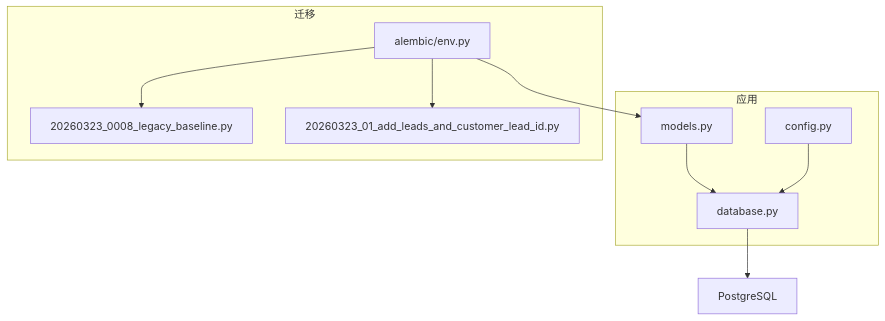
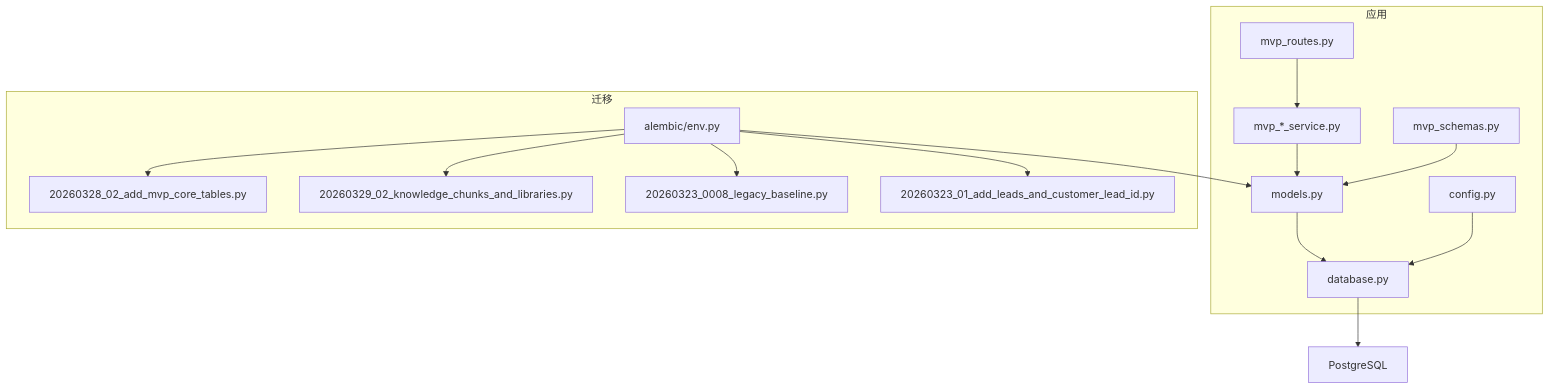
One commit to dream-ze/AI_huoke- changed the second of 6 diagrams in .qoder/repowiki/zh/content/数据库设计/数据库设计.md. Above: the diagram before and after it, drawn with Mermaid. The commit also changed other lines of this file and 25 other files, not shown here.

````diff
--- a/.qoder/repowiki/zh/content/数据库设计/数据库设计.md
+++ b/.qoder/repowiki/zh/content/数据库设计/数据库设计.md
@@ -87,20 +114,30 @@
 ```mermaid
 graph TB
 subgraph "应用"
 M["models.py"]
 S["database.py"]
 CFG["config.py"]
+MVP_SVC["mvp_*_service.py"]
+MVP_ROUTES["mvp_routes.py"]
+MVP_SCHEMAS["mvp_schemas.py"]
 end
 subgraph "迁移"
 AE["alembic/env.py"]
-V1["20260323_0008_legacy_baseline.py"]
-V2["20260323_01_add_leads_and_customer_lead_id.py"]
+MVP_CORE["20260328_02_add_mvp_core_tables.py"]
+MVP_KNOWLEDGE["20260329_02_knowledge_chunks_and_libraries.py"]
+LEGACY["20260323_0008_legacy_baseline.py"]
+LEADS["20260323_01_add_leads_and_customer_lead_id.py"]
 end
 DB["PostgreSQL"]
 M --> S
 CFG --> S
 AE --> M
-AE --> V1
-AE --> V2
+AE --> MVP_CORE
+AE --> MVP_KNOWLEDGE
+AE --> LEGACY
+AE --> LEADS
+MVP_SVC --> M
+MVP_ROUTES --> MVP_SVC
+MVP_SCHEMAS --> M
 S --> DB
 ```
````
